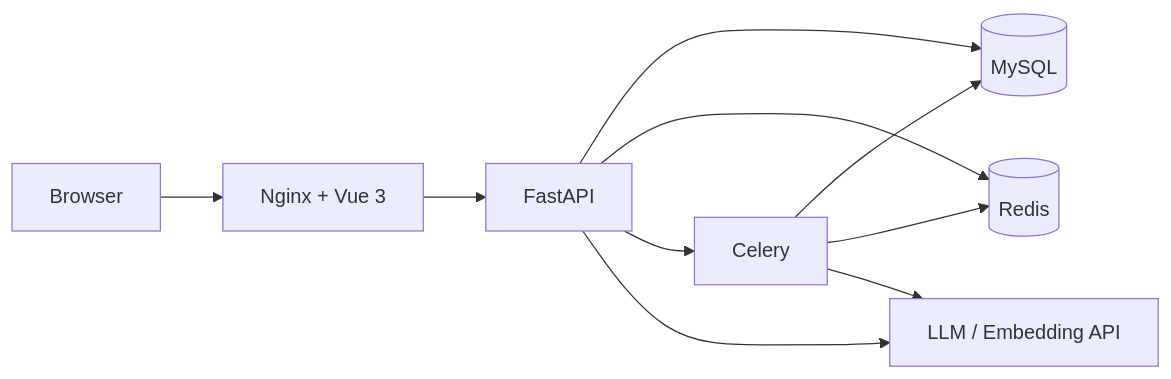
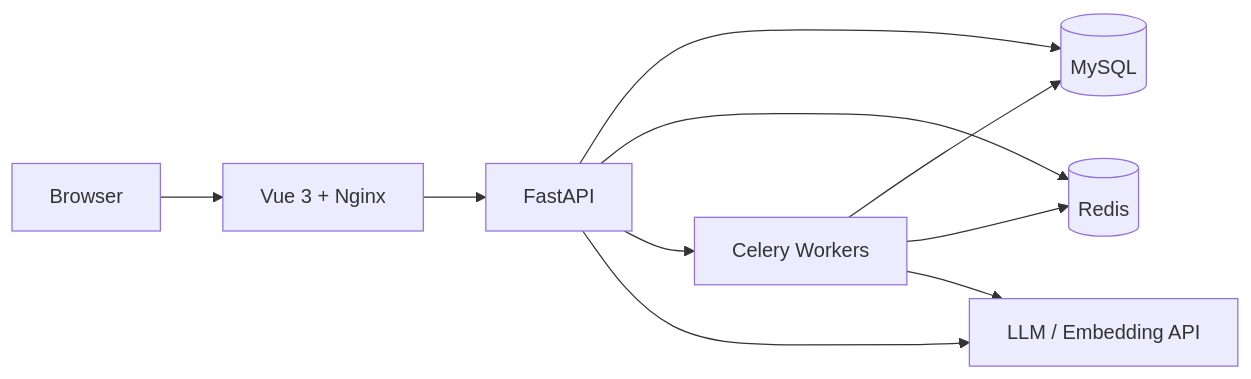
Before and after one commit to CodingFeng101/UniGraph: the second of 2 diagrams in README.md, drawn with Mermaid. The commit also changed other lines of this file and 2 other files, not shown here.

````diff
--- a/README.md
+++ b/README.md
@@ -49,12 +118,12 @@
 ```mermaid
 flowchart LR
-    User["Browser"] --> Web["Nginx + Vue 3"]
+    User["Browser"] --> Web["Vue 3 + Nginx"]
     Web --> API["FastAPI"]
     API --> DB[("MySQL")]
     API --> Cache[("Redis")]
-    API --> Worker["Celery"]
+    API --> Worker["Celery Workers"]
+    API --> AI["LLM / Embedding API"]
     Worker --> DB
     Worker --> Cache
-    API --> AI["LLM / Embedding API"]
     Worker --> AI
 ```
````
